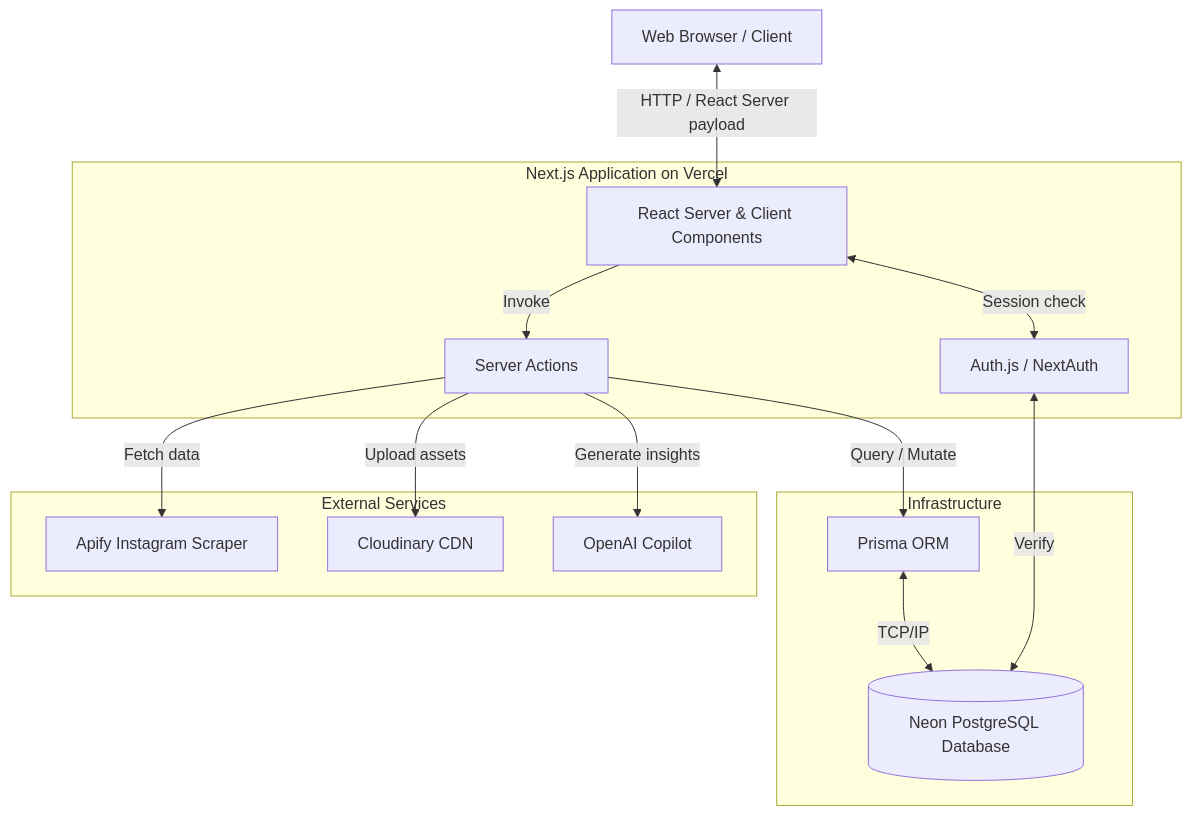
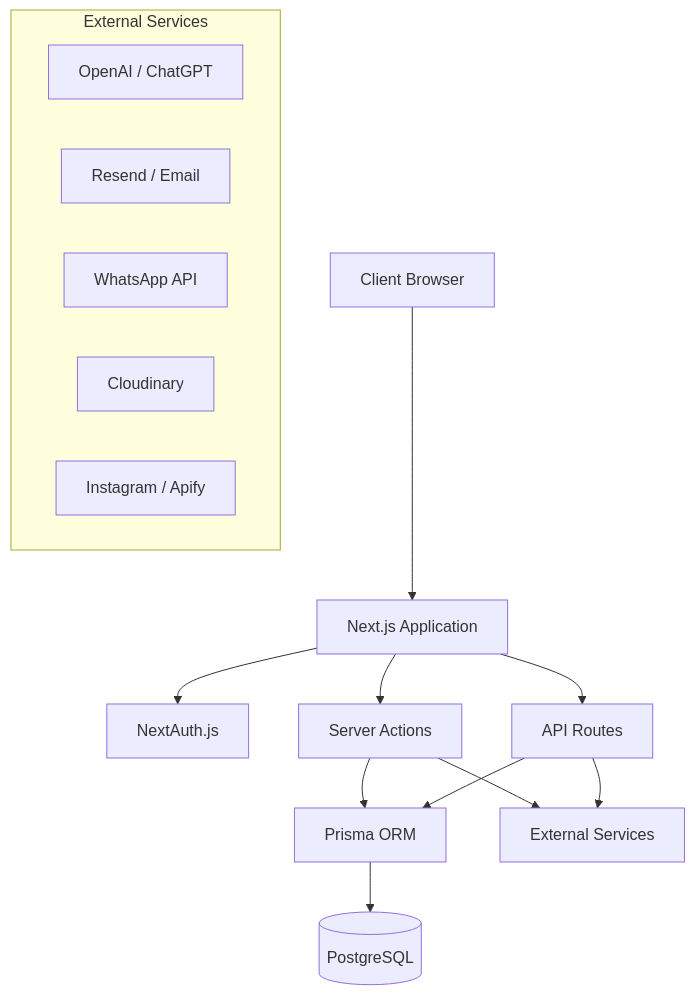
The first of 4 diagrams in ARCHITECTURE.md (rudranshchouksey/TwinPix_workspavce_management), drawn with Mermaid before and after one commit. The commit also changed other lines of this file and 13 other files, not shown here.

````diff
--- a/ARCHITECTURE.md
+++ b/ARCHITECTURE.md
@@ -9,32 +7,23 @@
 ```mermaid
 graph TD
-    Client[Web Browser / Client]
+    Client[Client Browser] --> NextJS[Next.js Application]
+    NextJS --> Auth[NextAuth.js]
+    NextJS --> ServerActions[Server Actions]
+    NextJS --> APIRoutes[API Routes]
     
-    subgraph Vercel[Next.js Application on Vercel]
-        UI[React Server & Client Components]
-        SA[Server Actions]
-        Auth[Auth.js / NextAuth]
+    ServerActions --> Prisma[Prisma ORM]
+    APIRoutes --> Prisma
+    
+    Prisma --> Postgres[(PostgreSQL)]
+    
+    ServerActions --> External[External Services]
+    APIRoutes --> External
+    
+    subgraph External Services
+        OpenAI[OpenAI / ChatGPT]
+        Resend[Resend / Email]
+        WhatsApp[WhatsApp API]
+        Cloudinary[Cloudinary]
+        Instagram[Instagram / Apify]
     end
-    
-    subgraph Infrastructure
-        DB[(Neon PostgreSQL Database)]
-        Prisma[Prisma ORM]
-    end
-    
-    subgraph ExternalServices[External Services]
-        Apify[Apify Instagram Scraper]
-        Cloudinary[Cloudinary CDN]
-        OpenAI[OpenAI Copilot]
-    end
-    
-    Client <-->|HTTP / React Server payload| UI
-    UI -->|Invoke| SA
-    SA -->|Query / Mutate| Prisma
-    Prisma <-->|TCP/IP| DB
-    UI <-->|Session check| Auth
-    Auth <-->|Verify| DB
-    
-    SA -->|Fetch data| Apify
-    SA -->|Upload assets| Cloudinary
-    SA -->|Generate insights| OpenAI
 ```
````
